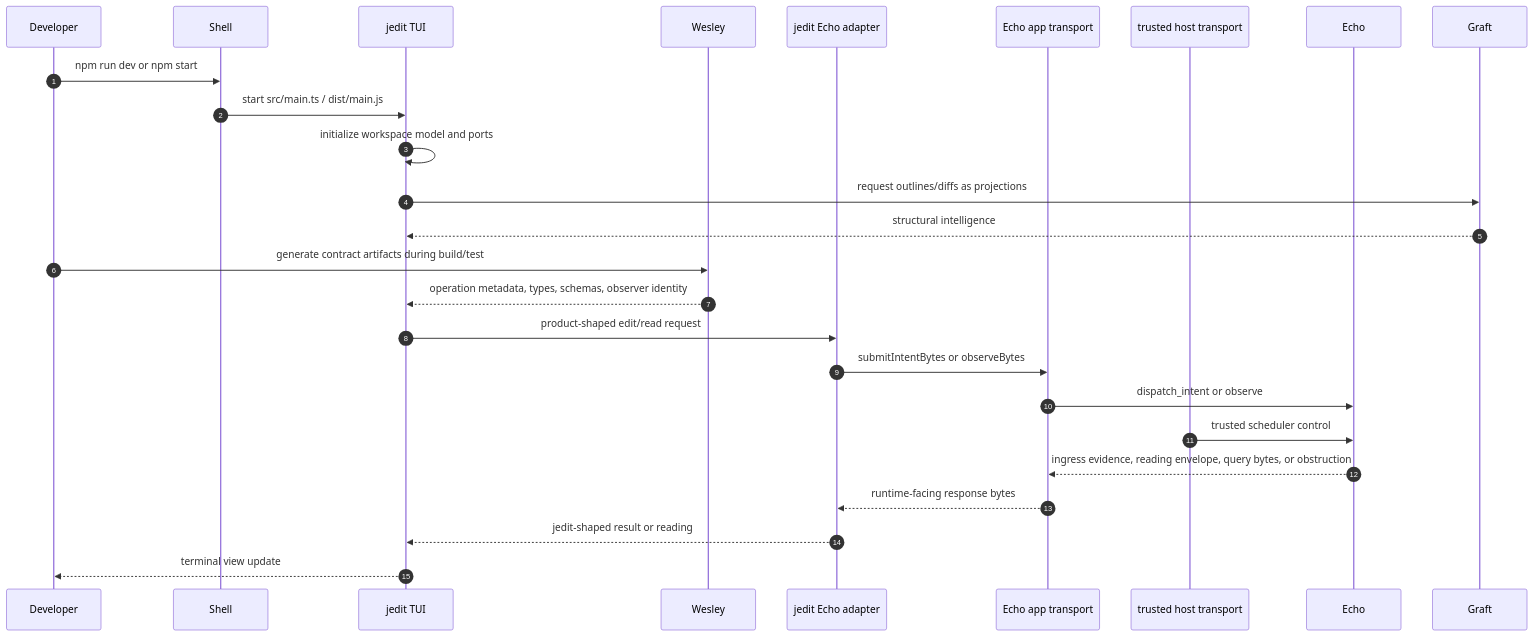
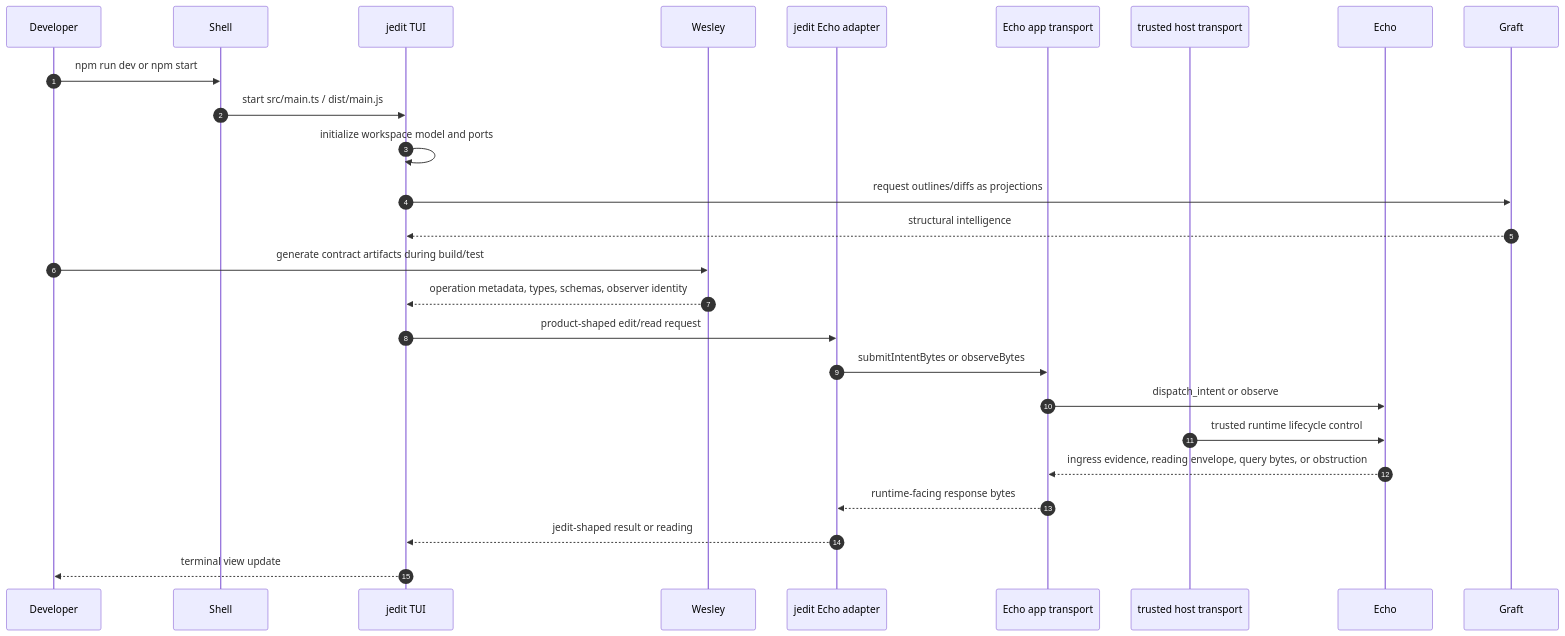
Before and after one commit to flyingrobots/jedit: diagram 12 of 12 in docs/jedit-echo-end-to-end.md, drawn with Mermaid. The commit also changed other lines of this file and 1 other file, not shown here.

Commit message:
docs: clarify Echo-owned tick authority

````diff
--- a/docs/jedit-echo-end-to-end.md
+++ b/docs/jedit-echo-end-to-end.md
@@ -942,31 +947,31 @@
 ```mermaid
 sequenceDiagram
   autonumber
   participant Developer
   participant Shell
   participant Jedit as jedit TUI
   participant Wesley
   participant AppAdapter as jedit Echo adapter
   participant EchoApp as Echo app transport
   participant Host as trusted host transport
   participant Echo
   participant Graft
 
   Developer->>Shell: npm run dev or npm start
   Shell->>Jedit: start src/main.ts / dist/main.js
   Jedit->>Jedit: initialize workspace model and ports
   Jedit->>Graft: request outlines/diffs as projections
   Graft-->>Jedit: structural intelligence
 
   Developer->>Wesley: generate contract artifacts during build/test
   Wesley-->>Jedit: operation metadata, types, schemas, observer identity
 
   Jedit->>AppAdapter: product-shaped edit/read request
   AppAdapter->>EchoApp: submitIntentBytes or observeBytes
   EchoApp->>Echo: dispatch_intent or observe
-  Host->>Echo: trusted scheduler control
+  Host->>Echo: trusted runtime lifecycle control
   Echo-->>EchoApp: ingress evidence, reading envelope, query bytes, or obstruction
   EchoApp-->>AppAdapter: runtime-facing response bytes
   AppAdapter-->>Jedit: jedit-shaped result or reading
   Jedit-->>Developer: terminal view update
 ```
````
